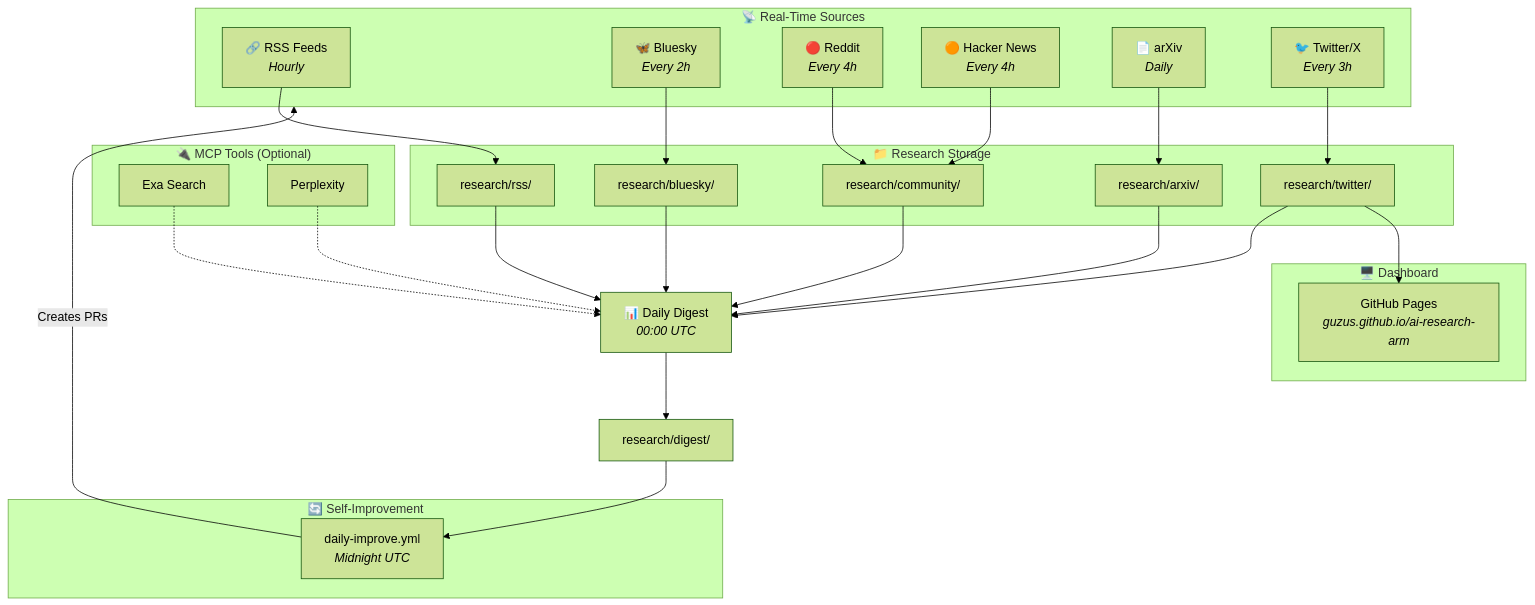
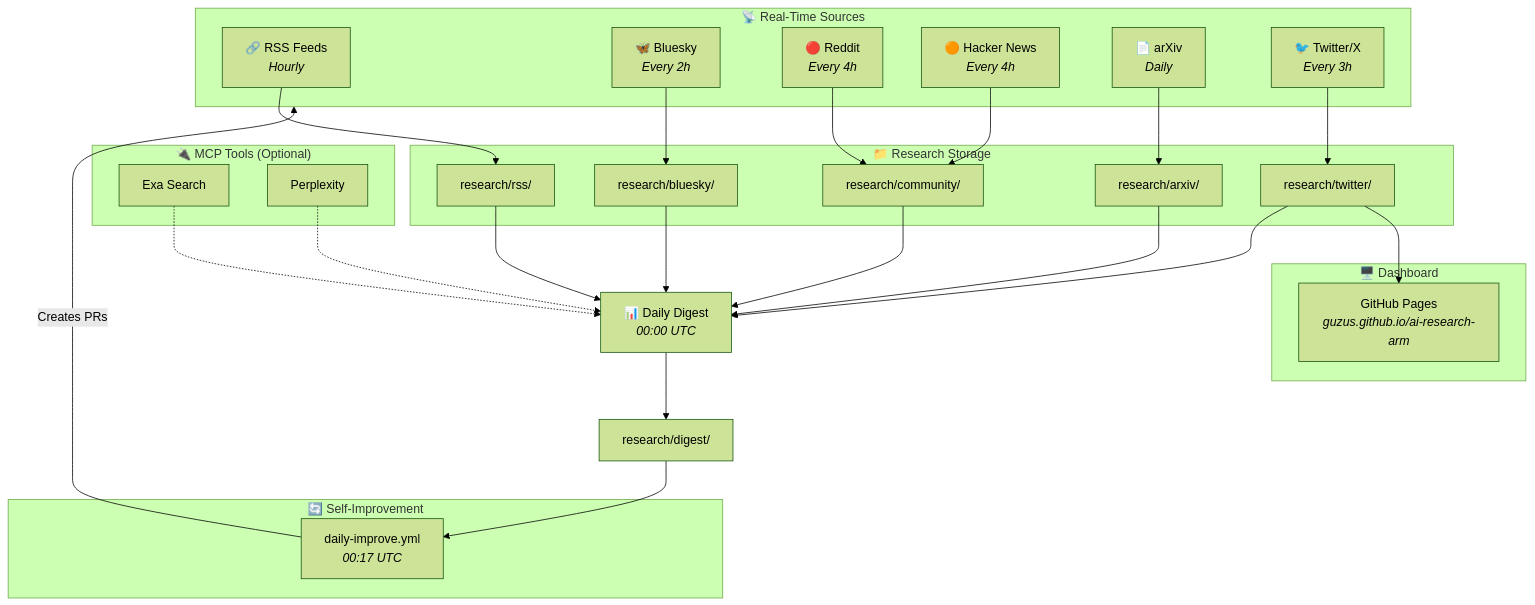
One commit to guzus/ai-research-arm changed the first of 2 diagrams in README.md. Above: the diagram before and after it, drawn with Mermaid (forest theme). The commit also changed other lines of this file and 13 other files, not shown here.

````diff
--- a/README.md
+++ b/README.md
@@ -7,56 +7,56 @@
 ```mermaid
 flowchart TB
     subgraph sources["📡 Real-Time Sources"]
         RSS["🔗 RSS Feeds<br/><i>Hourly</i>"]
         Bluesky["🦋 Bluesky<br/><i>Every 2h</i>"]
         Reddit["🔴 Reddit<br/><i>Every 4h</i>"]
         HN["🟠 Hacker News<br/><i>Every 4h</i>"]
         arXiv["📄 arXiv<br/><i>Daily</i>"]
         Twitter["🐦 Twitter/X<br/><i>Every 3h</i>"]
     end
 
     subgraph mcp["🔌 MCP Tools (Optional)"]
         Exa["Exa Search"]
         Perplexity["Perplexity"]
     end
 
     subgraph storage["📁 Research Storage"]
         rss_out["research/rss/"]
         bluesky_out["research/bluesky/"]
         community_out["research/community/"]
         arxiv_out["research/arxiv/"]
         twitter_out["research/twitter/"]
     end
 
     RSS --> rss_out
     Bluesky --> bluesky_out
     Reddit --> community_out
     HN --> community_out
     arXiv --> arxiv_out
     Twitter --> twitter_out
 
     rss_out --> Digest
     bluesky_out --> Digest
     community_out --> Digest
     arxiv_out --> Digest
     twitter_out --> Digest
 
     Exa -.-> Digest
     Perplexity -.-> Digest
 
     Digest["📊 Daily Digest<br/><i>00:00 UTC</i>"]
     Digest --> digest_out["research/digest/"]
 
     subgraph improve["🔄 Self-Improvement"]
-        Improve["daily-improve.yml<br/><i>Midnight UTC</i>"]
+        Improve["daily-improve.yml<br/><i>00:17 UTC</i>"]
     end
 
     digest_out --> Improve
     Improve -->|"Creates PRs"| sources
 
     subgraph dashboard["🖥️ Dashboard"]
         Pages["GitHub Pages<br/><i>guzus.github.io/ai-research-arm</i>"]
     end
 
     twitter_out --> Pages
 ```
````
